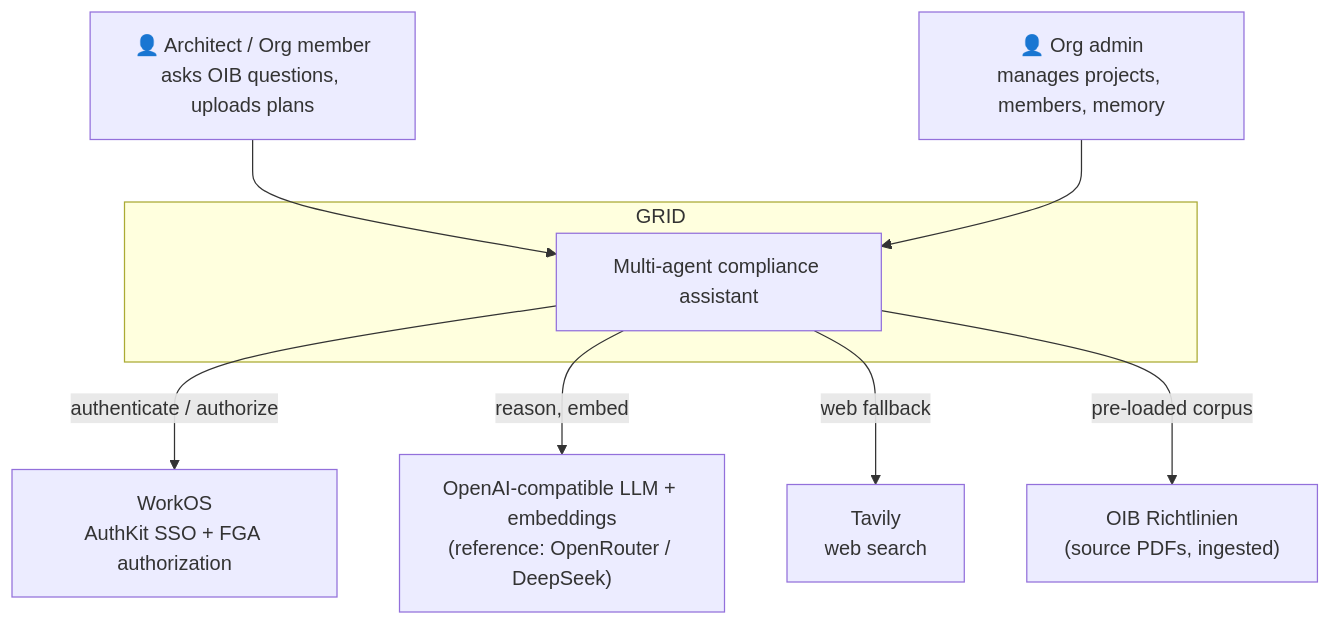
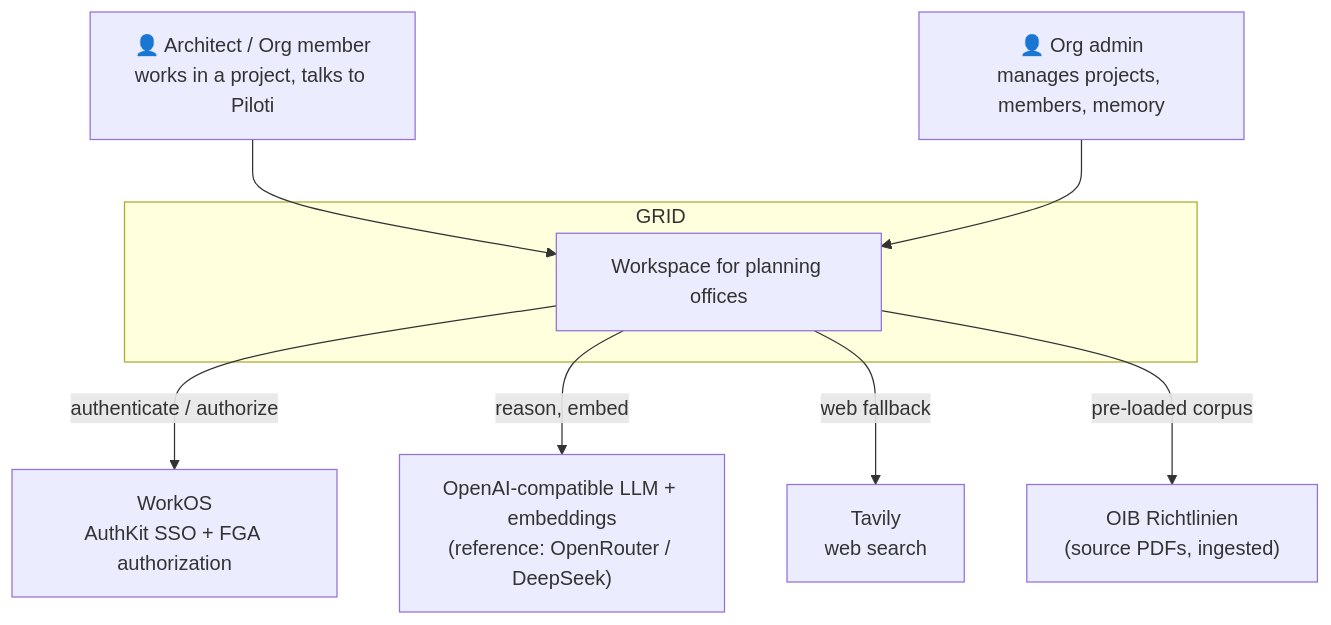
One commit to GRID-check/grid-oib-agent changed the first of 2 diagrams in docs/architecture/system-overview.md. Above: the diagram before and after it, drawn with Mermaid. The commit also changed 26 other files, not shown here.

````diff
--- a/docs/architecture/system-overview.md
+++ b/docs/architecture/system-overview.md
@@ -45,21 +45,21 @@
 ```mermaid
 flowchart TB
-    Architect["👤 Architect / Org member<br/>asks OIB questions, uploads plans"]
+    Architect["👤 Architect / Org member<br/>works in a project, talks to Piloti"]
     Admin["👤 Org admin<br/>manages projects, members, memory"]
 
     subgraph GRID["GRID"]
-        SYS["Multi-agent compliance assistant"]
+        SYS["Workspace for planning offices"]
     end
 
     WorkOS["WorkOS<br/>AuthKit SSO + FGA authorization"]
     LLM["OpenAI-compatible LLM + embeddings<br/>(reference: OpenRouter / DeepSeek)"]
     Tavily["Tavily<br/>web search"]
     OIB["OIB Richtlinien<br/>(source PDFs, ingested)"]
 
     Architect --> SYS
     Admin --> SYS
     SYS -->|authenticate / authorize| WorkOS
     SYS -->|reason, embed| LLM
     SYS -->|web fallback| Tavily
     SYS -->|pre-loaded corpus| OIB
 ```
````
